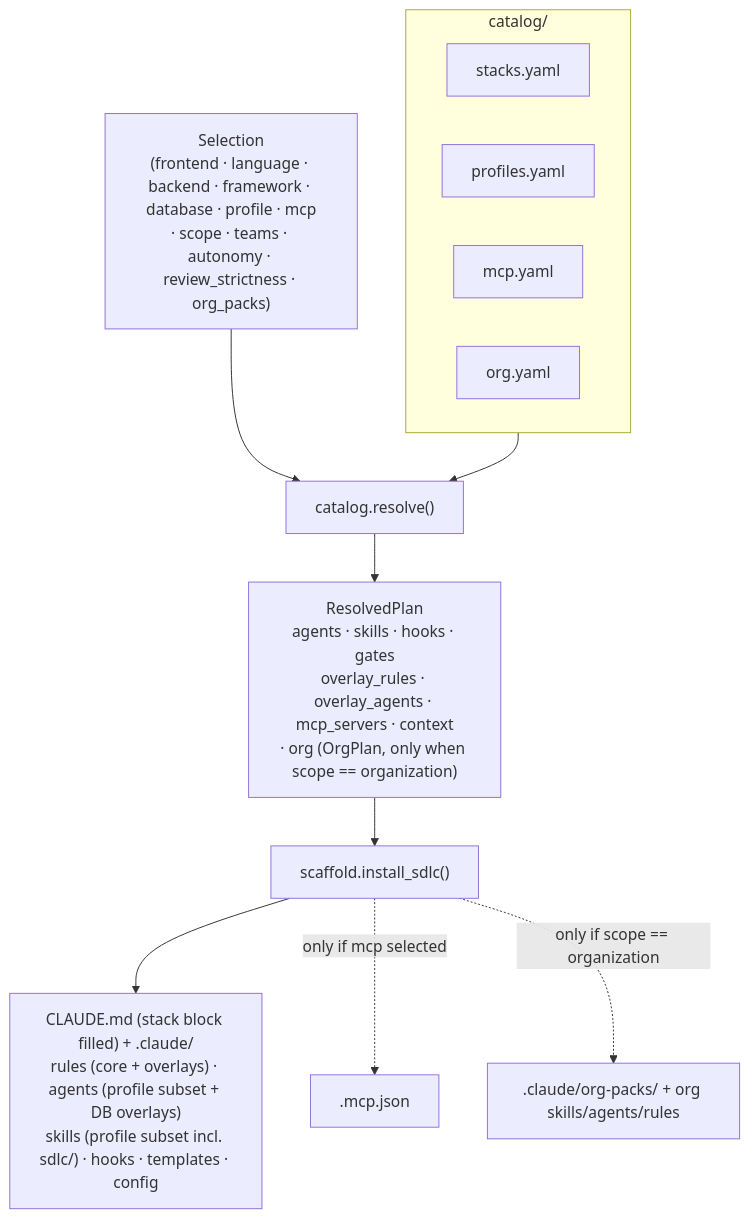
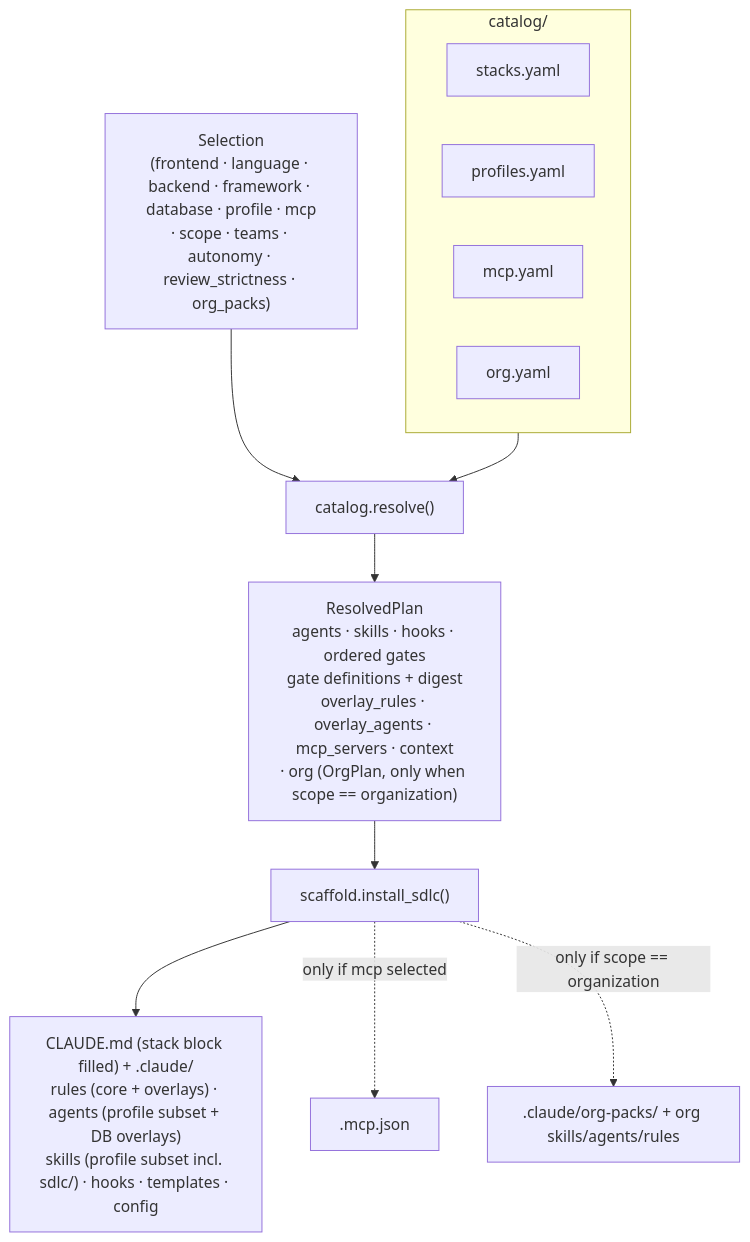
One commit to ajyadav013/claude-kit changed the second of 4 diagrams in docs/architecture.md. Above: the diagram before and after it, drawn with Mermaid. The commit also changed other lines of this file and 24 other files, not shown here.

````diff
--- a/docs/architecture.md
+++ b/docs/architecture.md
@@ -50,17 +52,17 @@
 ```mermaid
 flowchart TB
     SEL["Selection<br/>(frontend · language · backend · framework · database · profile · mcp<br/>· scope · teams · autonomy · review_strictness · org_packs)"]
     subgraph CAT["catalog/"]
         ST["stacks.yaml"]
         PR["profiles.yaml"]
         MC["mcp.yaml"]
         OR["org.yaml"]
     end
     SEL --> RESOLVE["catalog.resolve()"]
     CAT --> RESOLVE
-    RESOLVE --> PLAN["ResolvedPlan<br/>agents · skills · hooks · gates<br/>overlay_rules · overlay_agents · mcp_servers · context<br/>· org (OrgPlan, only when scope == organization)"]
+    RESOLVE --> PLAN["ResolvedPlan<br/>agents · skills · hooks · ordered gates<br/>gate definitions + digest<br/>overlay_rules · overlay_agents · mcp_servers · context<br/>· org (OrgPlan, only when scope == organization)"]
     PLAN --> INSTALL["scaffold.install_sdlc()"]
     INSTALL --> OUT["CLAUDE.md (stack block filled) + .claude/<br/>rules (core + overlays) · agents (profile subset + DB overlays)<br/>skills (profile subset incl. sdlc/) · hooks · templates · config"]
     INSTALL -.->|"only if mcp selected"| MCPJSON[".mcp.json"]
     INSTALL -.->|"only if scope == organization"| ORGOUT[".claude/org-packs/ + org skills/agents/rules"]
 ```
````
